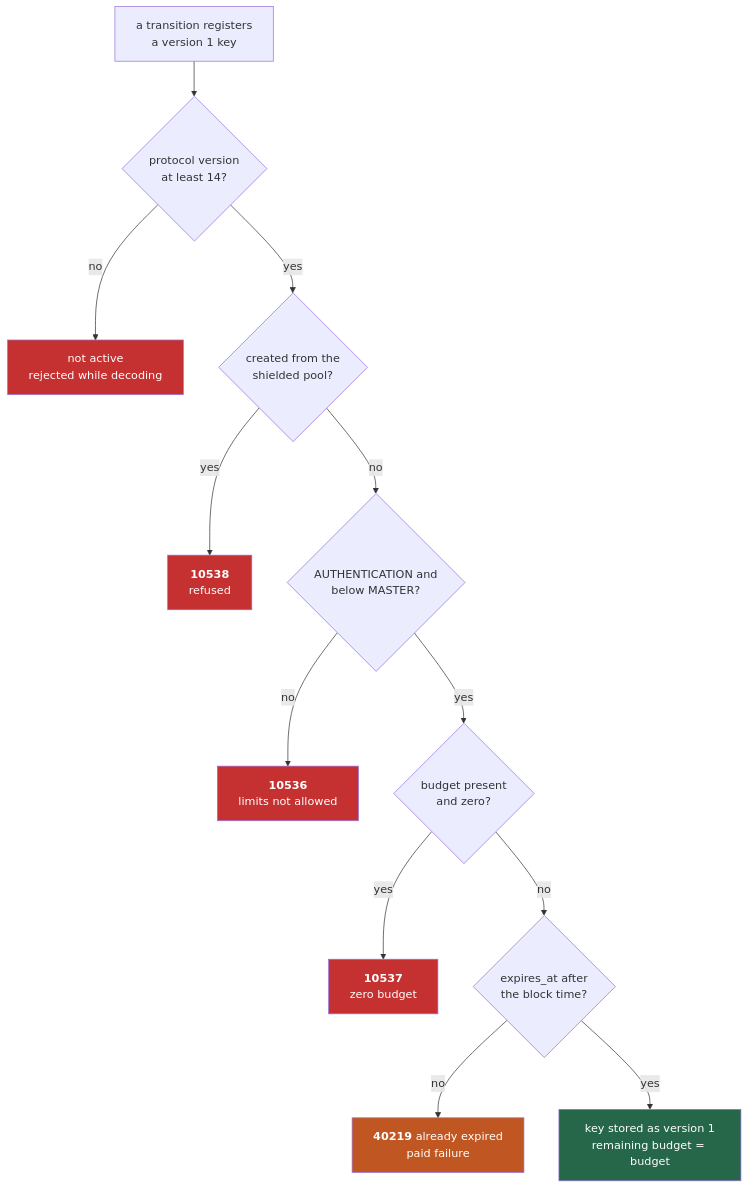
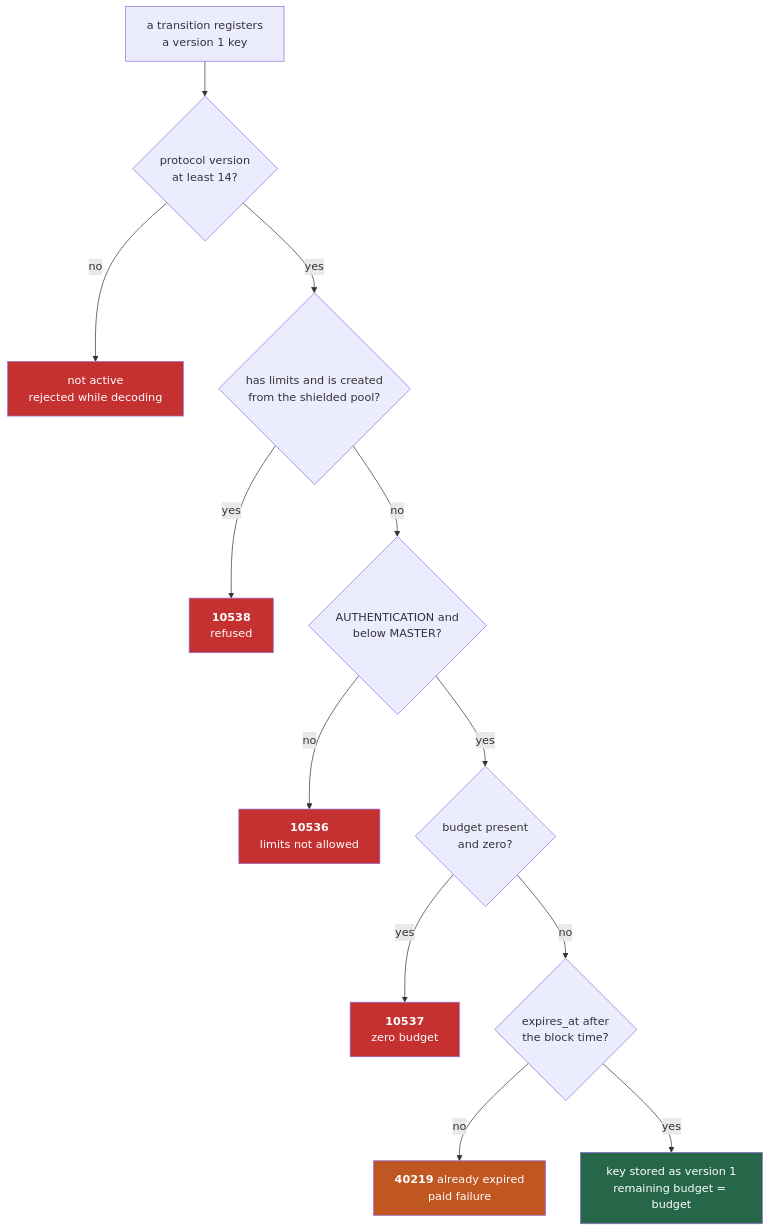
The third of 7 diagrams in book/src/data-model/key-limits.md (dashpay/platform), drawn with Mermaid before and after one commit. The commit also changed other lines of this file and 8 other files, not shown here.

First line of the commit message:
fix(platform): accept a version 1 key without limits in shielded identity creation

````diff
--- a/book/src/data-model/key-limits.md
+++ b/book/src/data-model/key-limits.md
@@ -133,21 +133,21 @@
 ```mermaid
 flowchart TD
     T["a transition registers<br/>a version 1 key"] --> PV{"protocol version<br/>at least 14?"}
     PV -->|no| NA["not active<br/>rejected while decoding"]
-    PV -->|yes| SH{"created from the<br/>shielded pool?"}
+    PV -->|yes| SH{"has limits and is created<br/>from the shielded pool?"}
     SH -->|yes| E38["<b>10538</b><br/>refused"]
     SH -->|no| ST{"AUTHENTICATION and<br/>below MASTER?"}
     ST -->|no| E36["<b>10536</b><br/>limits not allowed"]
     ST -->|yes| BZ{"budget present<br/>and zero?"}
     BZ -->|yes| E37["<b>10537</b><br/>zero budget"]
     BZ -->|no| EX{"expires_at after<br/>the block time?"}
     EX -->|no| E19["<b>40219</b> already expired<br/>paid failure"]
     EX -->|yes| OK["key stored as version 1<br/>remaining budget = budget"]
 
     style NA fill:#c53030,color:#fff
     style E38 fill:#c53030,color:#fff
     style E36 fill:#c53030,color:#fff
     style E37 fill:#c53030,color:#fff
     style E19 fill:#c05621,color:#fff
     style OK fill:#276749,color:#fff
 ```
````
